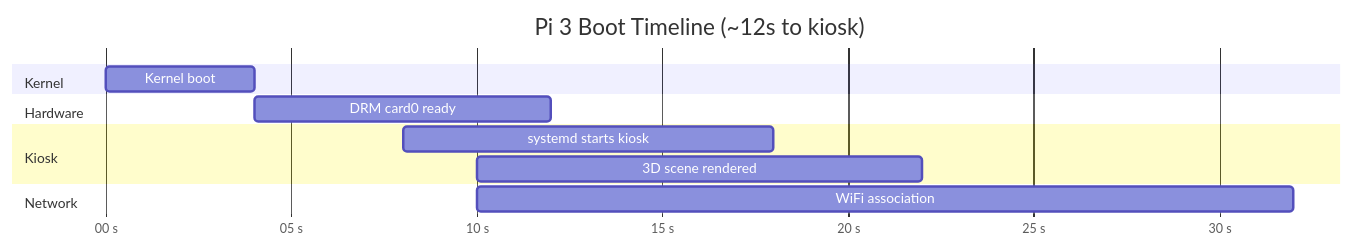
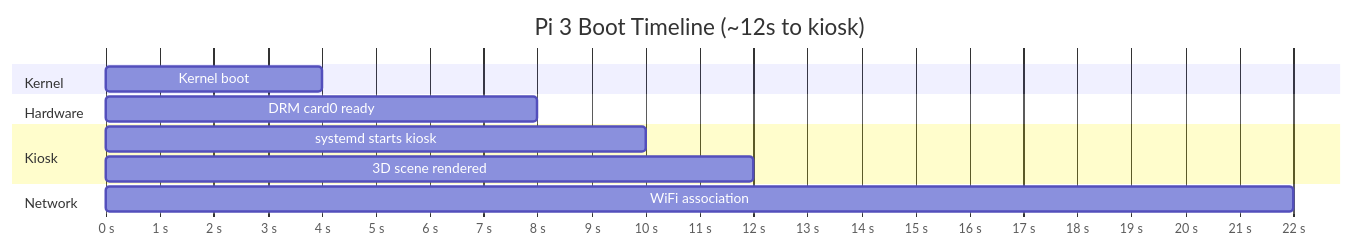
The fifth of 6 diagrams in docs/ARCHITECTURE.md (geoaxis/ble-kafka-digitaltwin), drawn with Mermaid before and after one commit. The commit also changed other lines of this file and 2 other files, not shown here.

````diff
--- a/docs/ARCHITECTURE.md
+++ b/docs/ARCHITECTURE.md
@@ -152,19 +152,19 @@
 ```mermaid
 gantt
     title Pi 3 Boot Timeline (~12s to kiosk)
-    dateFormat s
-    axisFormat %S s
+    dateFormat X
+    axisFormat %s s
 
     section Kernel
-    Kernel boot           :k1, 0, 4s
+    Kernel boot           :k1, 0, 4
 
     section Hardware
-    DRM card0 ready       :h1, 4, 8s
+    DRM card0 ready       :h1, 4, 8
 
     section Kiosk
-    systemd starts kiosk  :a1, 8, 10s
-    3D scene rendered     :a2, 10, 12s
+    systemd starts kiosk  :a1, 8, 10
+    3D scene rendered     :a2, 10, 12
 
     section Network
-    WiFi association      :n1, 10, 22s
+    WiFi association      :n1, 10, 22
 ```
````
